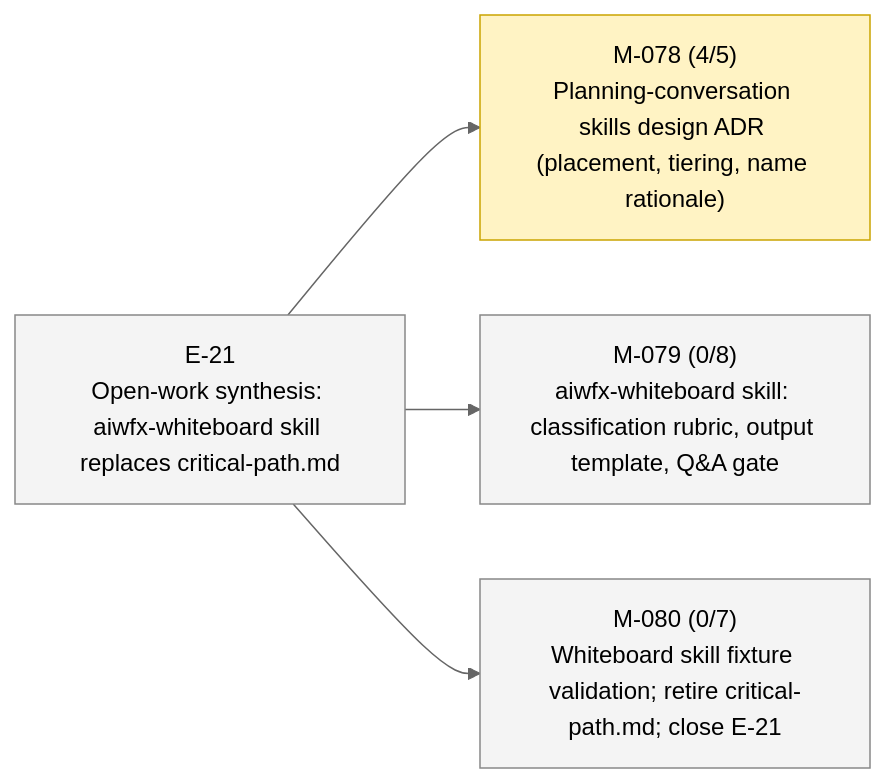
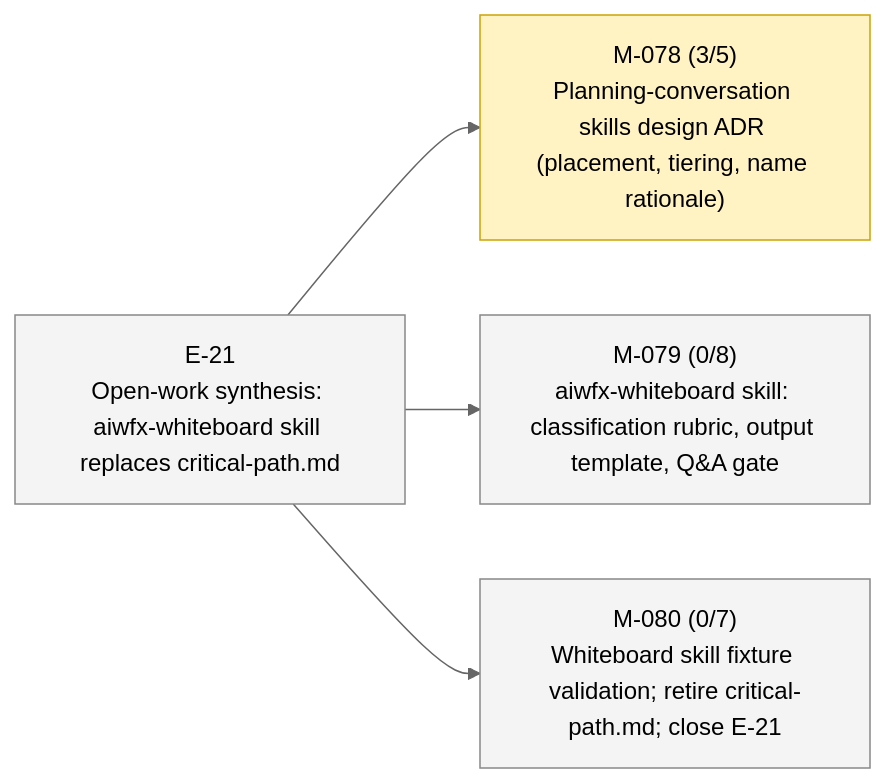
Before and after one commit to 23min/aiwf: the second of 2 diagrams in STATUS.md, drawn with Mermaid (neutral theme). The commit also changed other lines of this file and 1 other file, not shown here.

````diff
--- a/STATUS.md
+++ b/STATUS.md
@@ -47,16 +47,16 @@
 ```mermaid
 flowchart LR
   E_21["E-21<br/>Open-work synthesis: aiwfx-whiteboard skill replaces critical-path.md"]:::epic_proposed
-  M_078["M-078 (4/5)<br/>Planning-conversation skills design ADR (placement, tiering, name rationale)"]:::ms_in_progress
+  M_078["M-078 (3/5)<br/>Planning-conversation skills design ADR (placement, tiering, name rationale)"]:::ms_in_progress
   E_21 --> M_078
   M_079["M-079 (0/8)<br/>aiwfx-whiteboard skill: classification rubric, output template, Q&A gate"]:::ms_draft
   E_21 --> M_079
   M_080["M-080 (0/7)<br/>Whiteboard skill fixture validation; retire critical-path.md; close E-21"]:::ms_draft
   E_21 --> M_080
   classDef epic_active fill:#d6eaff,stroke:#1a73e8,color:#000
   classDef epic_proposed fill:#f4f4f4,stroke:#888,color:#000
   classDef ms_done fill:#d8f5d8,stroke:#2a8a2a,color:#000
   classDef ms_in_progress fill:#fff3c4,stroke:#caa400,color:#000
   classDef ms_draft fill:#f4f4f4,stroke:#888,color:#000
   classDef ms_cancelled fill:#fbeaea,stroke:#c33,color:#000
 ```
````
